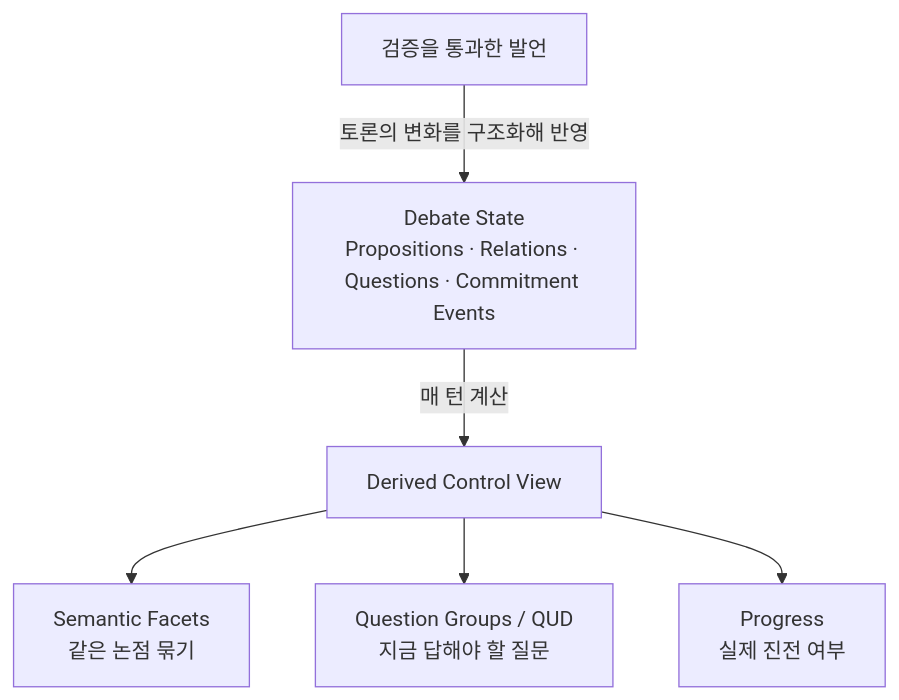
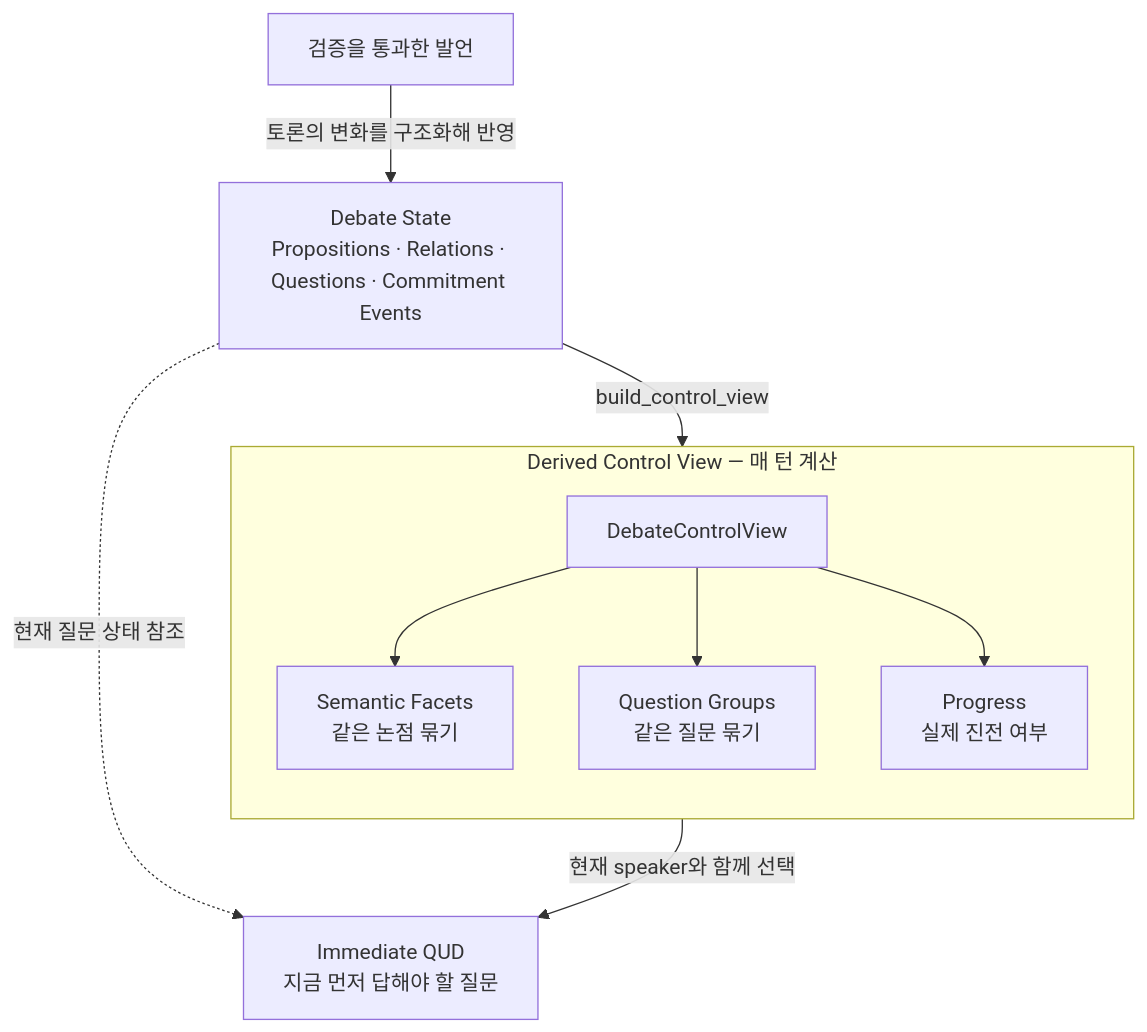
Before and after one commit to hodob/A1-3: the fifth of 11 diagrams in README.md, drawn with Mermaid. The commit also changed other lines of this file, not shown here.

Commit message:
docs: align debate flow explanations with runtime responsibilities

````diff
--- a/README.md
+++ b/README.md
@@ -238,10 +238,22 @@
 ```mermaid
 flowchart TD
     A[검증을 통과한 발언]
     A -->|토론의 변화를 구조화해 반영| S[Debate State<br/>Propositions · Relations · Questions · Commitment Events]
-    S -->|매 턴 계산| V[Derived Control View]
 
-    V --> F[Semantic Facets<br/>같은 논점 묶기]
-    V --> G[Question Groups / QUD<br/>지금 답해야 할 질문]
-    V --> H[Progress<br/>실제 진전 여부]
+    S -->|build_control_view| V0
+
+    subgraph V[Derived Control View — 매 턴 계산]
+        direction TB
+        V0[DebateControlView]
+        F[Semantic Facets<br/>같은 논점 묶기]
+        G[Question Groups<br/>같은 질문 묶기]
+        H[Progress<br/>실제 진전 여부]
+
+        V0 --> F
+        V0 --> G
+        V0 --> H
+    end
+
+    V0 -->|현재 speaker와 함께 선택| Q[Immediate QUD<br/>지금 먼저 답해야 할 질문]
+    S -.->|현재 질문 상태 참조| Q
 ```
````
